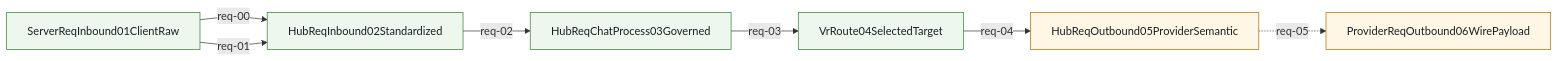
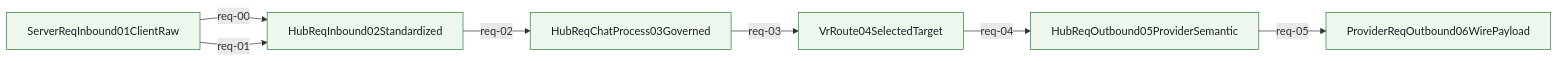
The second of 14 diagrams in docs/architecture/wiki/mainline-call-graph.md (Jasonzhangf/routecodex), drawn with Mermaid before and after one commit. The commit also changed other lines of this file and 7 other files, not shown here.

````diff
--- a/docs/architecture/wiki/mainline-call-graph.md
+++ b/docs/architecture/wiki/mainline-call-graph.md
@@ -92,24 +92,24 @@
 ```mermaid
 flowchart LR
   ProviderReqOutbound06WirePayload["ProviderReqOutbound06WirePayload"]
   HubReqOutbound05ProviderSemantic["HubReqOutbound05ProviderSemantic"]
   VrRoute04SelectedTarget["VrRoute04SelectedTarget"]
   HubReqChatProcess03Governed["HubReqChatProcess03Governed"]
   HubReqInbound02Standardized["HubReqInbound02Standardized"]
   ServerReqInbound01ClientRaw["ServerReqInbound01ClientRaw"]
   ServerReqInbound01ClientRaw -->|req-00| HubReqInbound02Standardized
   ServerReqInbound01ClientRaw -->|req-01| HubReqInbound02Standardized
   HubReqInbound02Standardized -->|req-02| HubReqChatProcess03Governed
   HubReqChatProcess03Governed -->|req-03| VrRoute04SelectedTarget
   VrRoute04SelectedTarget -->|req-04| HubReqOutbound05ProviderSemantic
-  HubReqOutbound05ProviderSemantic -.->|req-05| ProviderReqOutbound06WirePayload
+  HubReqOutbound05ProviderSemantic -->|req-05| ProviderReqOutbound06WirePayload
   classDef anchored fill:#edf7ed,stroke:#2e7d32,stroke-width:1px,color:#1b1f23;
   classDef partial fill:#fff7e6,stroke:#b26a00,stroke-width:1px,color:#1b1f23;
   classDef pending fill:#f4f4f5,stroke:#6b7280,stroke-width:1px,stroke-dasharray: 5 5,color:#1b1f23;
   class ServerReqInbound01ClientRaw anchored;
   class HubReqInbound02Standardized anchored;
   class HubReqChatProcess03Governed anchored;
   class VrRoute04SelectedTarget anchored;
-  class HubReqOutbound05ProviderSemantic partial;
-  class ProviderReqOutbound06WirePayload partial;
+  class HubReqOutbound05ProviderSemantic anchored;
+  class ProviderReqOutbound06WirePayload anchored;
 ```
````
